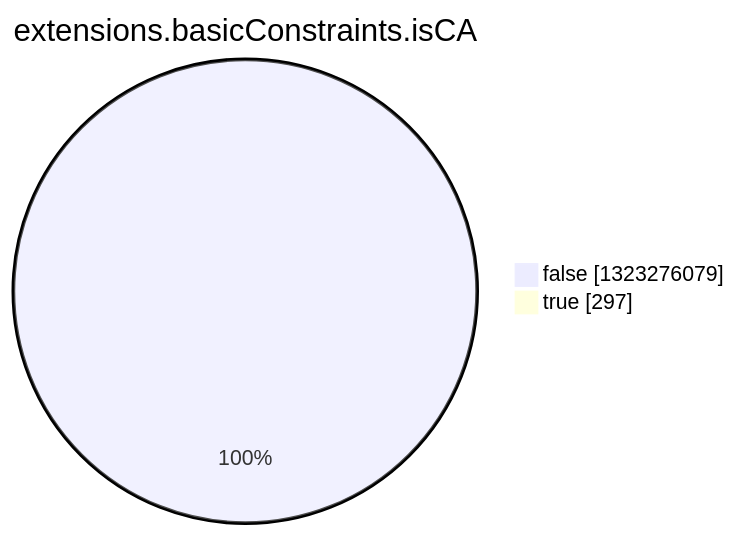
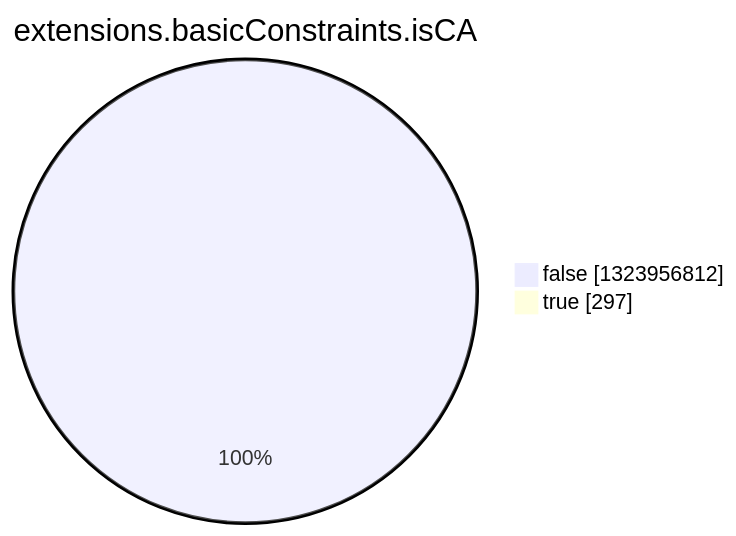
One commit to christiankrug/ctmonitor_visualization changed the eighth of 15 diagrams in argon2022/README.md. Above: the diagram before and after it, drawn with Mermaid. The commit also changed other lines of this file, not shown here.

````diff
--- a/argon2022/README.md
+++ b/argon2022/README.md
@@ -2758,6 +2758,6 @@
 ```mermaid
 pie showData
 title extensions.basicConstraints.isCA
-"false" :1323276079
+"false" :1323956812
 "true" :297
 ```
````
